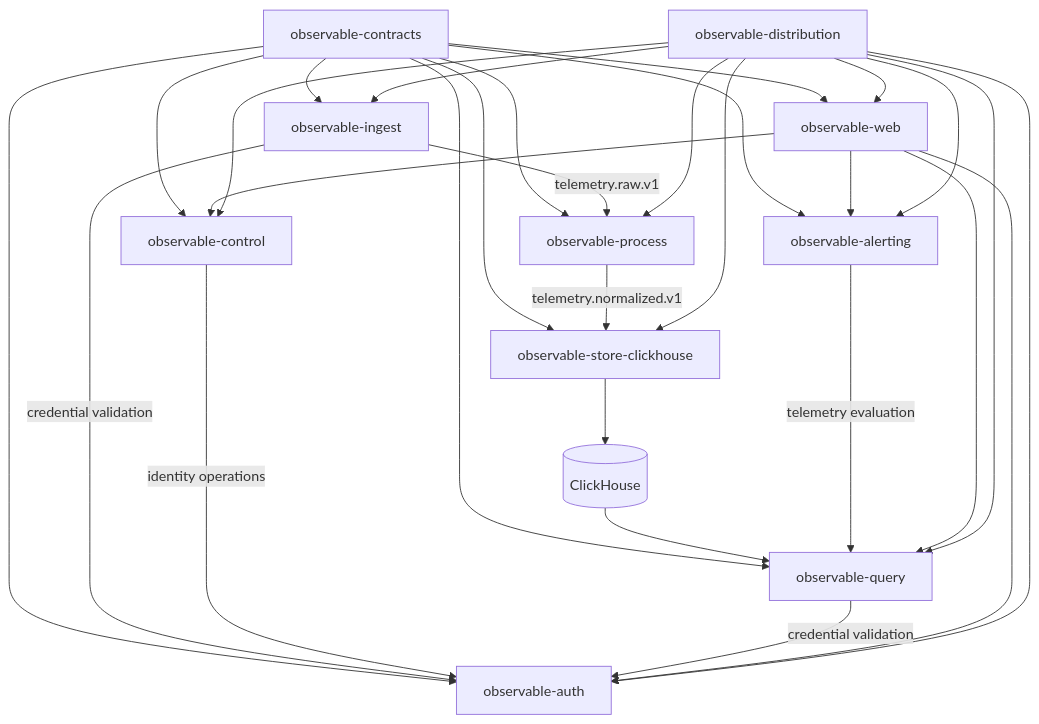
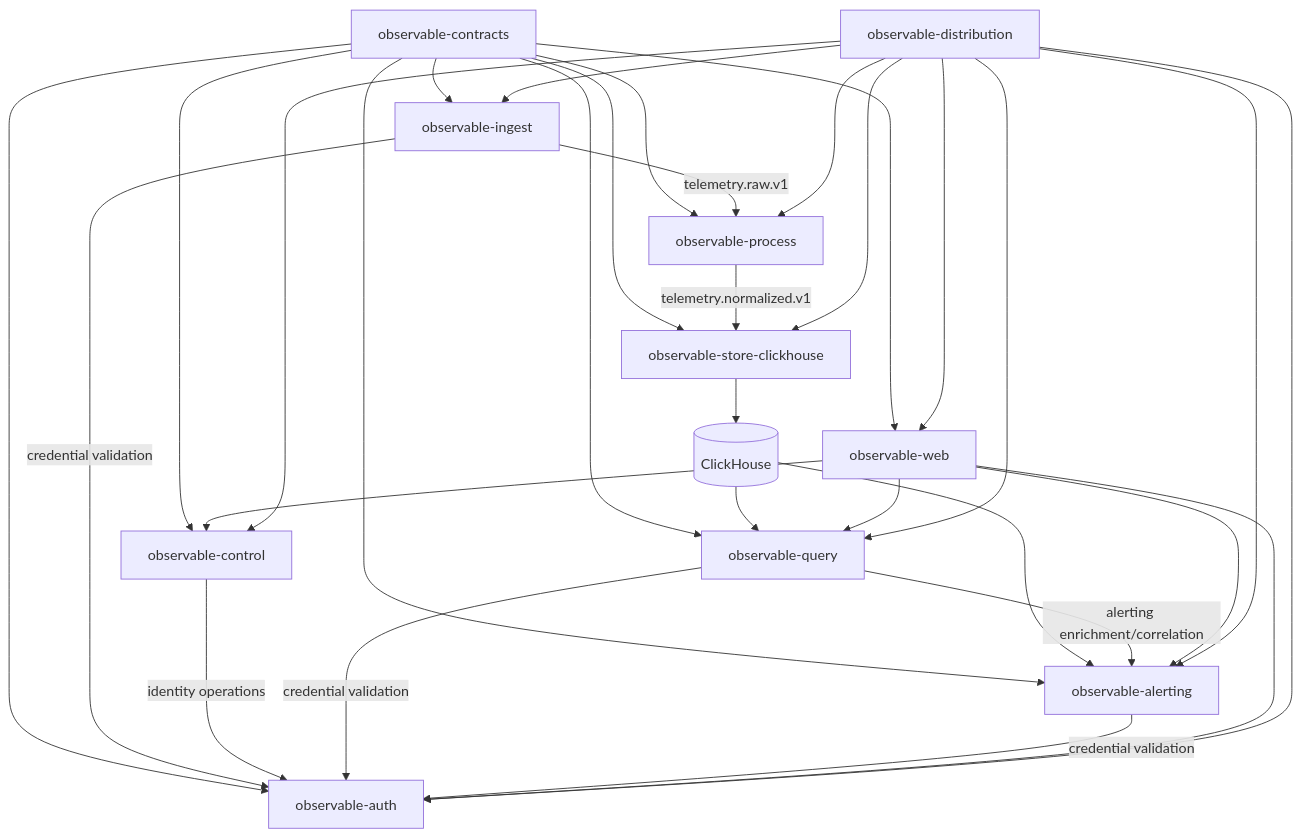
The diagram in docs/component-decomposition.md (ktjn/observable), drawn with Mermaid before and after one commit. The commit also changed other lines of this file and 6 other files, not shown here.

Commit message:
feat(alerting): codify query->alerting->store DAG and alerting ClickHouse schema range

````diff
--- a/docs/component-decomposition.md
+++ b/docs/component-decomposition.md
@@ -268,47 +268,49 @@
 ```mermaid
 flowchart TD
     contracts[observable-contracts]
 
     auth[observable-auth]
     control[observable-control]
     ingest[observable-ingest]
     process[observable-process]
     store[observable-store-clickhouse]
     query[observable-query]
     alerting[observable-alerting]
     web[observable-web]
     distribution[observable-distribution]
 
     contracts --> auth
     contracts --> control
     contracts --> ingest
     contracts --> process
     contracts --> store
     contracts --> query
     contracts --> alerting
     contracts --> web
 
     ingest -->|telemetry.raw.v1| process
     process -->|telemetry.normalized.v1| store
     store --> clickhouse[(ClickHouse)]
     clickhouse --> query
+    clickhouse --> alerting
 
     ingest -->|credential validation| auth
     control -->|identity operations| auth
     query -->|credential validation| auth
-    alerting -->|telemetry evaluation| query
+    query -->|alerting enrichment/correlation| alerting
+    alerting -->|credential validation| auth
 
     web --> auth
     web --> control
     web --> query
     web --> alerting
 
     distribution --> auth
     distribution --> control
     distribution --> ingest
     distribution --> process
     distribution --> store
     distribution --> query
     distribution --> alerting
     distribution --> web
 ```
````
